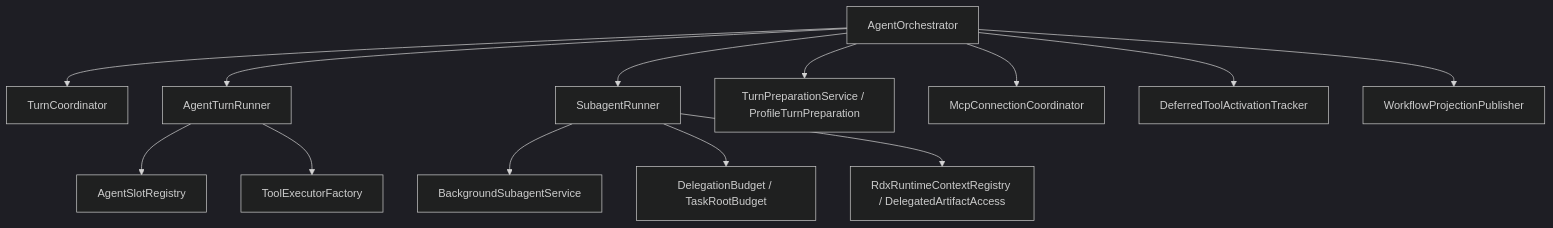
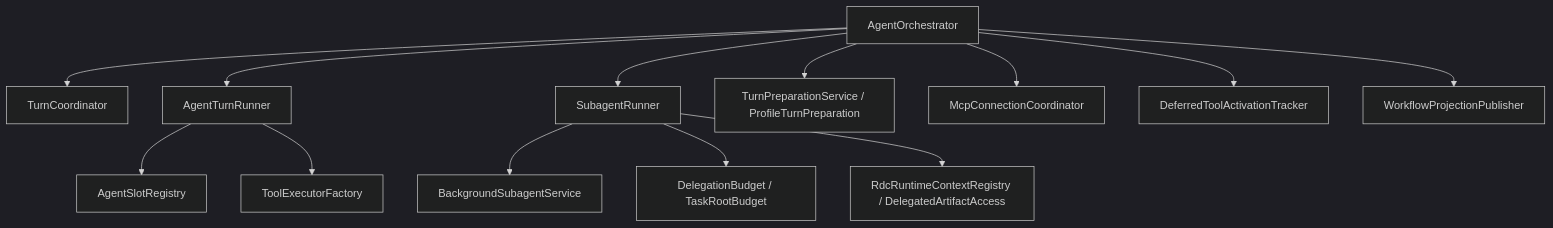
Before and after one commit to haolange/RDC-Agent: the first of 7 diagrams in .qoder/repowiki/zh/content/核心模块/Agent 编排系统/Agent 编排系统.md, drawn with Mermaid (dark theme). The commit also changed other lines of this file and 557 other files, not shown here.

````diff
--- a/.qoder/repowiki/zh/content/核心模块/Agent 编排系统/Agent 编排系统.md
+++ b/.qoder/repowiki/zh/content/核心模块/Agent 编排系统/Agent 编排系统.md
@@ -67,15 +67,15 @@
 ```mermaid
 graph TB
 A["AgentOrchestrator"] --> B["TurnCoordinator"]
 A --> C["AgentTurnRunner"]
 A --> D["SubagentRunner"]
 A --> E["TurnPreparationService / ProfileTurnPreparation"]
 A --> F["McpConnectionCoordinator"]
 A --> G["DeferredToolActivationTracker"]
 C --> H["AgentSlotRegistry"]
 C --> I["ToolExecutorFactory"]
 D --> J["BackgroundSubagentService"]
 D --> K["DelegationBudget / TaskRootBudget"]
-D --> L["RdxRuntimeContextRegistry / DelegatedArtifactAccess"]
+D --> L["RdcRuntimeContextRegistry / DelegatedArtifactAccess"]
 A --> M["WorkflowProjectionPublisher"]
 ```
````
